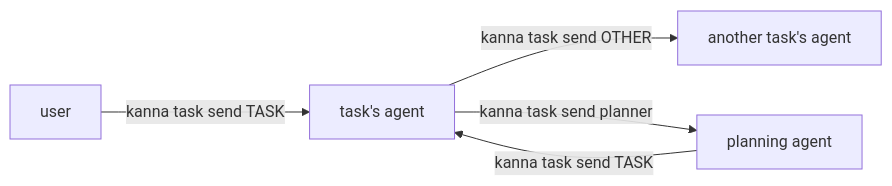
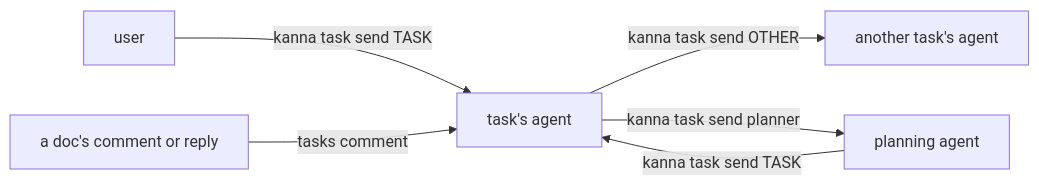
Before and after one commit to tampopogk/kanna: the first of 3 diagrams in docs/specs/agent-messaging.md, drawn with Mermaid. The commit also changed other lines of this file and 21 other files, not shown here.

````diff
--- a/docs/specs/agent-messaging.md
+++ b/docs/specs/agent-messaging.md
@@ -18,7 +18,8 @@
 ```mermaid
 flowchart LR
     U["user"] -->|"kanna task send TASK"| T["task's agent"]
     P["planning agent"] -->|"kanna task send TASK"| T
     T -->|"kanna task send OTHER"| T2["another task's agent"]
     T -->|"kanna task send planner"| P
+    C["a doc's comment or reply"] -->|"tasks comment"| T
 ```
````
